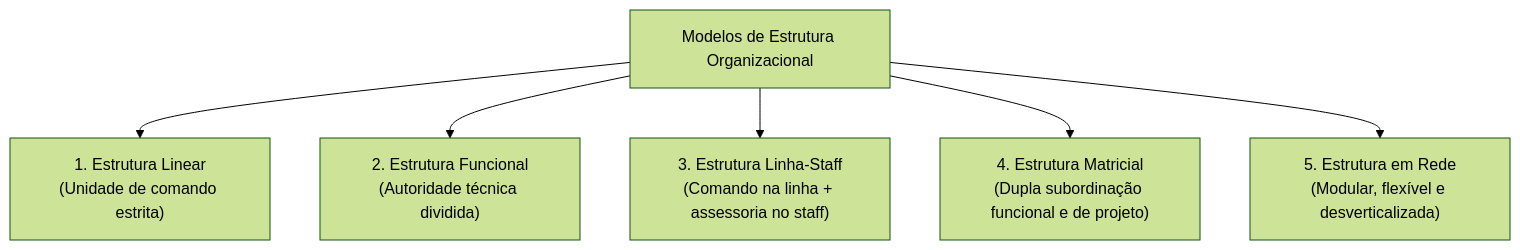
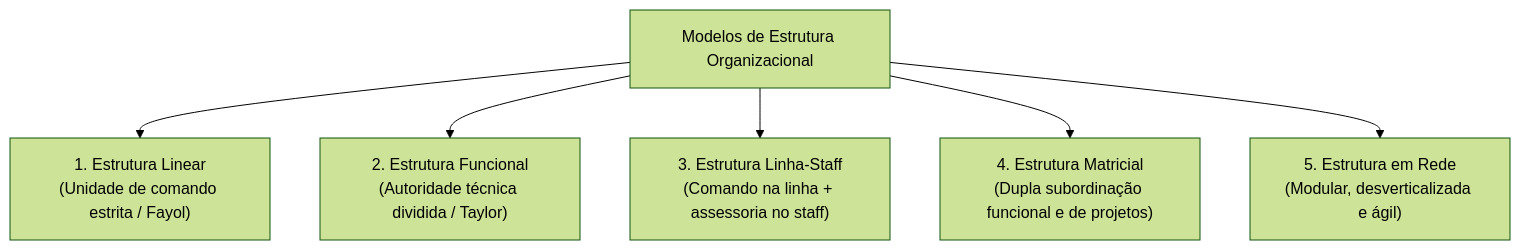
Before and after one commit to thiagosantos346/TCE-GO-2027: the second of 5 diagrams in fontes_de_estudo/conhecimentos_especificos_a01_tecnico_administrativo/21_nocoes_de_administracao_publica/01_organizacoes_formais_estruturas_e_processo_organizacional.md, drawn with Mermaid (forest theme). The commit also changed other lines of this file and 119 other files, not shown here.

````diff
--- a/fontes_de_estudo/conhecimentos_especificos_a01_tecnico_administrativo/21_nocoes_de_administracao_publica/01_organizacoes_formais_estruturas_e_processo_organizacional.md
+++ b/fontes_de_estudo/conhecimentos_especificos_a01_tecnico_administrativo/21_nocoes_de_administracao_publica/01_organizacoes_formais_estruturas_e_processo_organizacional.md
@@ -111,10 +113,10 @@
 ```mermaid
 flowchart TD
-    Tipos["Modelos de Estrutura Organizacional"]
+    Modelos["Modelos de Estrutura Organizacional"]
     
-    Tipos --> Linear["1. Estrutura Linear<br/>(Unidade de comando estrita)"]
-    Tipos --> Funcional["2. Estrutura Funcional<br/>(Autoridade técnica dividida)"]
-    Tipos --> LinhaStaff["3. Estrutura Linha-Staff<br/>(Comando na linha + assessoria no staff)"]
-    Tipos --> Matricial["4. Estrutura Matricial<br/>(Dupla subordinação funcional e de projeto)"]
-    Tipos --> Rede["5. Estrutura em Rede<br/>(Modular, flexível e desverticalizada)"]
+    Modelos --> Linear["1. Estrutura Linear<br/>(Unidade de comando estrita / Fayol)"]
+    Modelos --> Funcional["2. Estrutura Funcional<br/>(Autoridade técnica dividida / Taylor)"]
+    Modelos --> LinhaStaff["3. Estrutura Linha-Staff<br/>(Comando na linha + assessoria no staff)"]
+    Modelos --> Matricial["4. Estrutura Matricial<br/>(Dupla subordinação funcional e de projetos)"]
+    Modelos --> Rede["5. Estrutura em Rede<br/>(Modular, desverticalizada e ágil)"]
 ```
````
